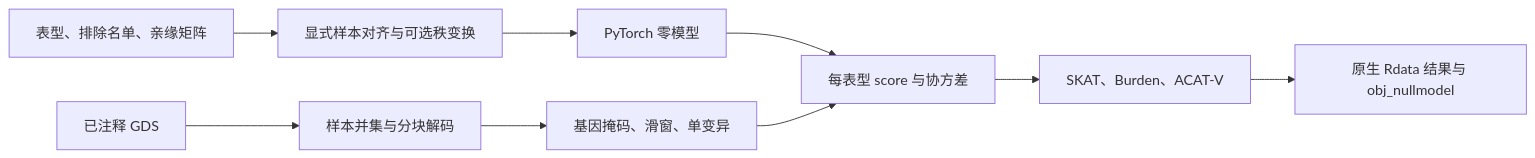
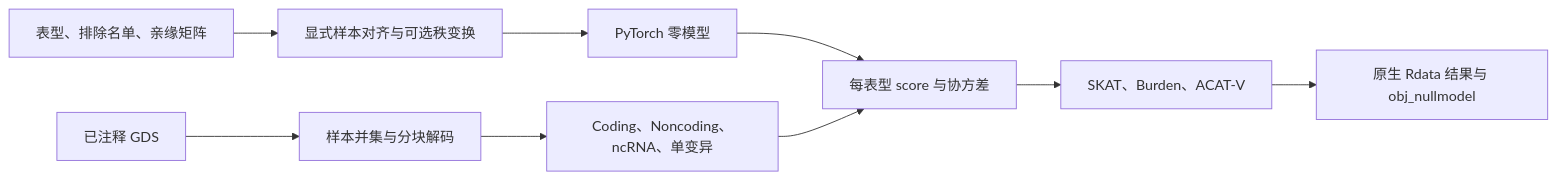
Before and after one commit to weikanggong1/WGS: the diagram in docs/pipeline.md, drawn with Mermaid. The commit also changed other lines of this file and 98 other files, not shown here.

````diff
--- a/docs/pipeline.md
+++ b/docs/pipeline.md
@@ -5,11 +5,11 @@
 ```mermaid
 flowchart LR
     A[表型、排除名单、亲缘矩阵] --> B[显式样本对齐与可选秩变换]
     B --> C[PyTorch 零模型]
     D[已注释 GDS] --> E[样本并集与分块解码]
-    E --> F[基因掩码、滑窗、单变异]
+    E --> F[Coding、Noncoding、ncRNA、单变异]
     C --> G[每表型 score 与协方差]
     F --> G
     G --> H[SKAT、Burden、ACAT-V]
     H --> I[原生 Rdata 结果与 obj_nullmodel]
 ```
````
